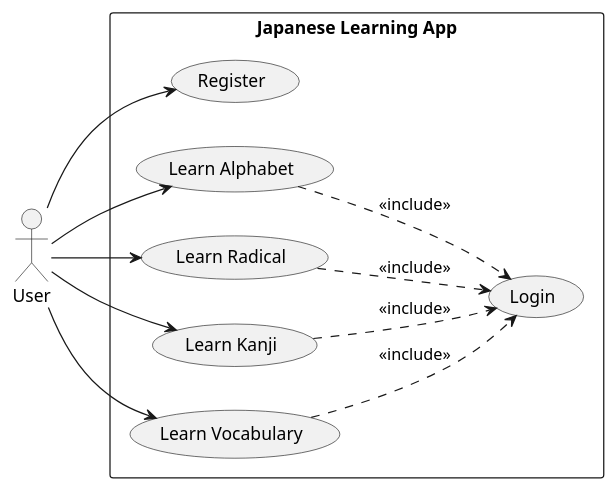
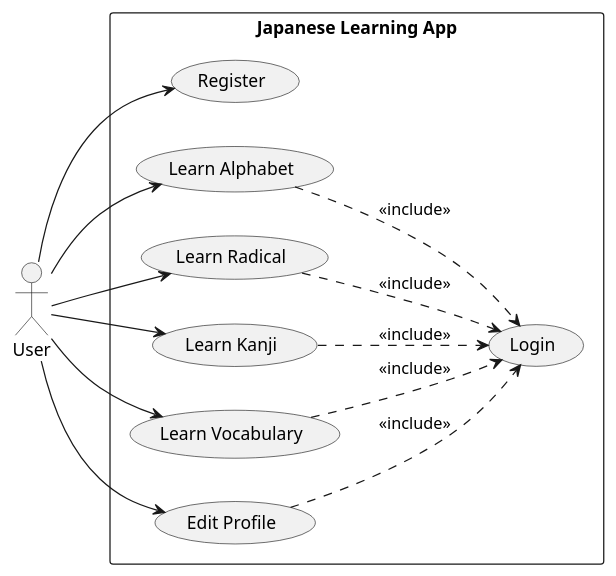
The diagram in japanese-app/plant_uml/Usecase.puml (Annthe160639/japanese-app), drawn with PlantUML before and after one commit.

```diff
--- a/japanese-app/plant_uml/Usecase.puml
+++ b/japanese-app/plant_uml/Usecase.puml
@@ -2,31 +2,34 @@
 @startuml
 left to right direction
 actor "User" as us
 'actor "Admin" as ad
 
 rectangle "Japanese Learning App" {
   usecase "Login" as UC1
   usecase "Register" as UC2
   usecase "Learn Alphabet" as UC3
   usecase "Learn Radical" as UC4
   usecase "Learn Kanji" as UC5
   usecase "Learn Vocabulary" as UC6
+  usecase "Edit Profile" as UC7
 
   UC3 ..> UC1 : <<include>>
   UC4 ..> UC1 : <<include>>
   UC5 ..> UC1 : <<include>>
   UC6 ..> UC1 : <<include>>
+  UC7 ..> UC1 : <<include>>
 
 }
 us --> UC2
 us --> UC3
 us --> UC4
 us --> UC5
 us --> UC6
+us --> UC7
 
 'fd -left-> UC1
 'fd -left-> UC2
 'fd -left-> UC3
 
 'UC1 <-- fd
 @enduml
```
